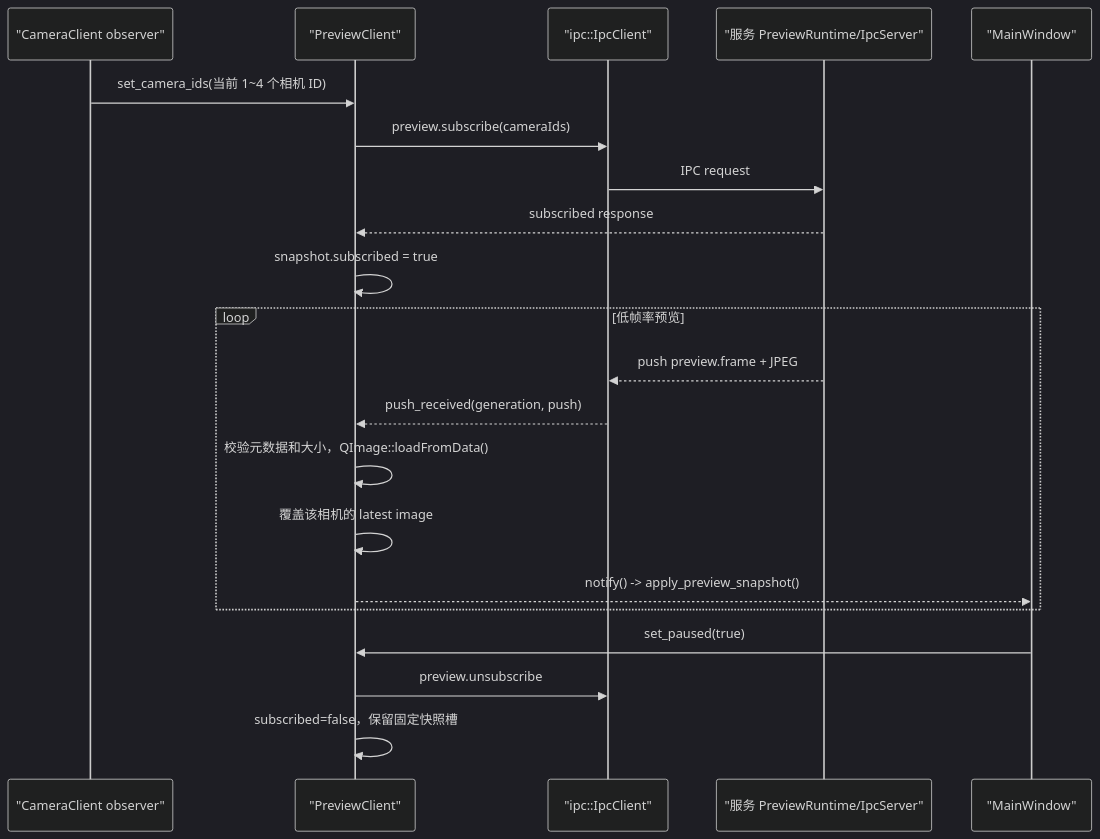
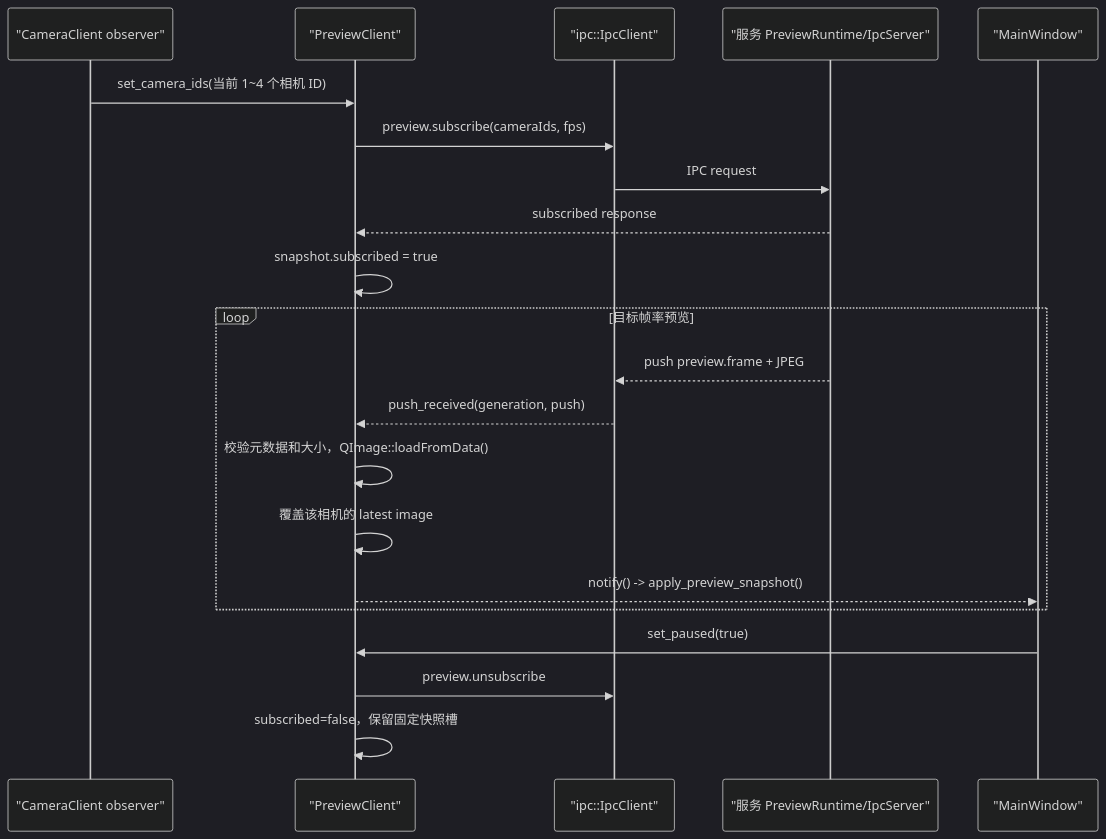
Before and after one commit to yinghuochong-coder/PaperBreakageAnalysis: the fifth of 7 diagrams in docs/development/paperbreak-edge-console-code-guide.md, drawn with Mermaid (dark theme). The commit also changed other lines of this file and 16 other files, not shown here.

````diff
--- a/docs/development/paperbreak-edge-console-code-guide.md
+++ b/docs/development/paperbreak-edge-console-code-guide.md
@@ -346,24 +346,24 @@
 ```mermaid
 sequenceDiagram
     participant Cam as "CameraClient observer"
     participant P as "PreviewClient"
     participant I as "ipc::IpcClient"
     participant S as "服务 PreviewRuntime/IpcServer"
     participant W as "MainWindow"
 
     Cam->>P: set_camera_ids(当前 1~4 个相机 ID)
-    P->>I: preview.subscribe(cameraIds)
+    P->>I: preview.subscribe(cameraIds, fps)
     I->>S: IPC request
     S-->>P: subscribed response
     P->>P: snapshot.subscribed = true
-    loop 低帧率预览
+    loop 目标帧率预览
         S-->>I: push preview.frame + JPEG
         I-->>P: push_received(generation, push)
         P->>P: 校验元数据和大小，QImage::loadFromData()
         P->>P: 覆盖该相机的 latest image
         P-->>W: notify() -> apply_preview_snapshot()
     end
     W->>P: set_paused(true)
     P->>I: preview.unsubscribe
     P->>P: subscribed=false，保留固定快照槽
 ```
````
